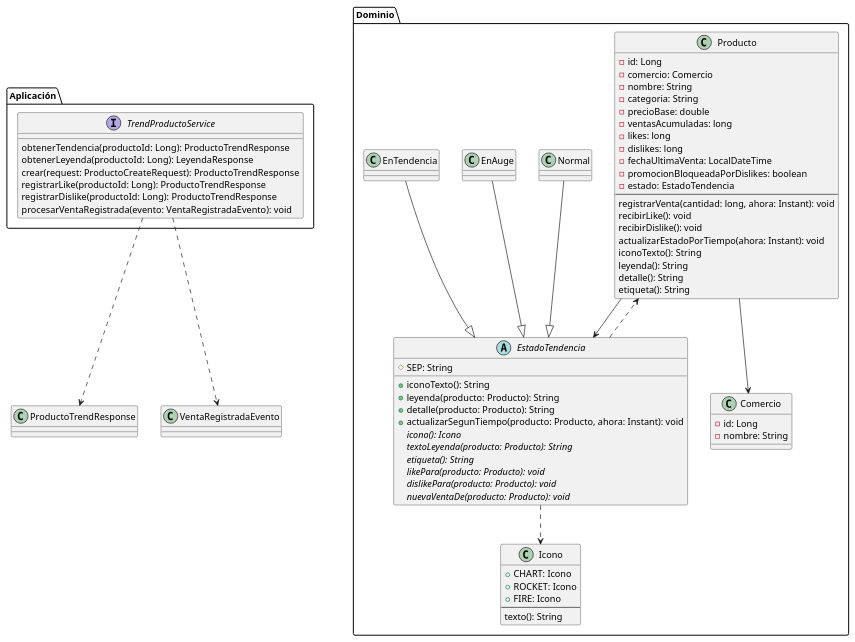
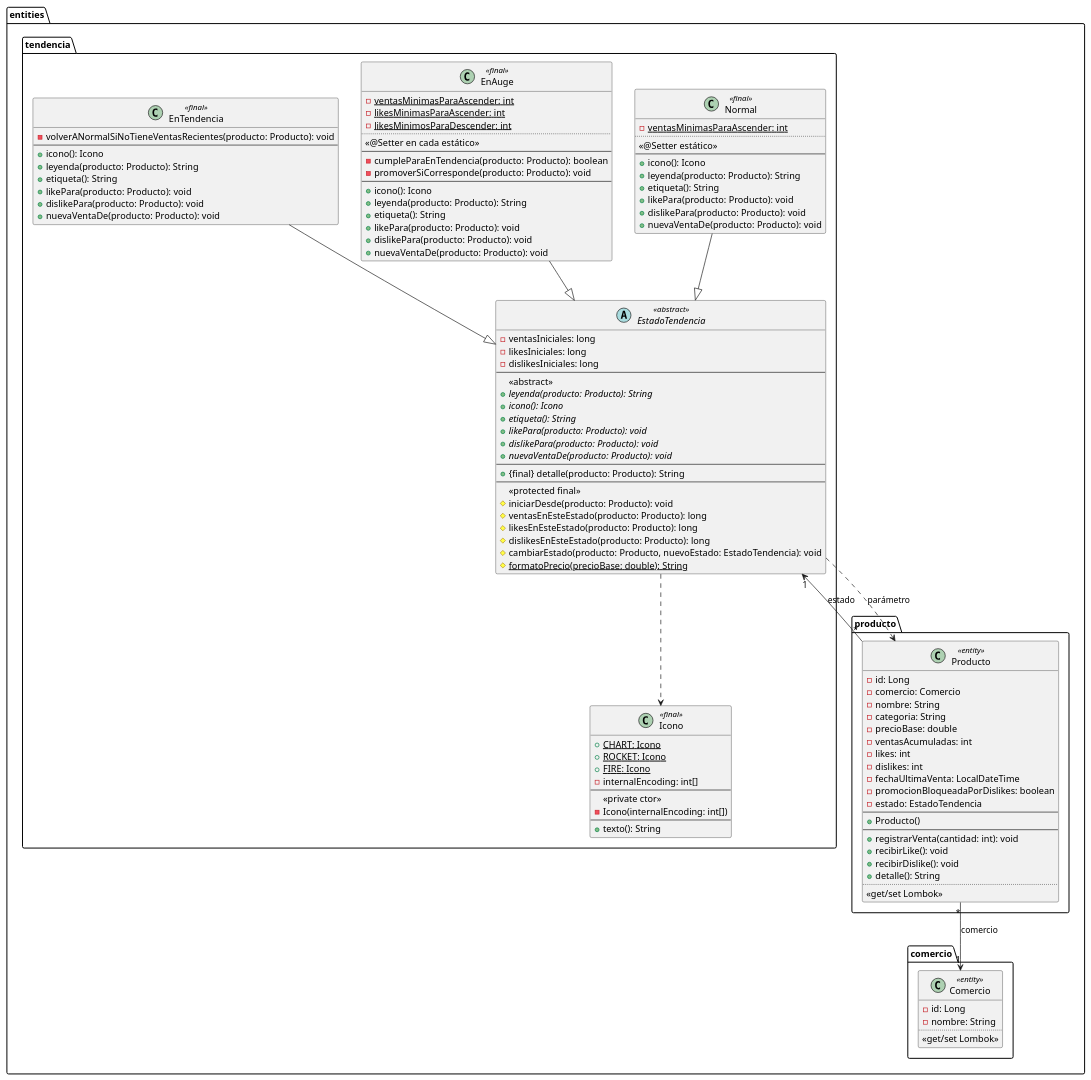
The diagram in trends-service/docs/trends-service-class-diagram.puml (dds-utn/smartlife), drawn with PlantUML before and after one commit. The commit also changed 15 other files, not shown here.

```diff
--- a/trends-service/docs/trends-service-class-diagram.puml
+++ b/trends-service/docs/trends-service-class-diagram.puml
@@ -1,84 +1,128 @@
 @startuml
 ' https://plantuml.com/class-diagram
+' Solo capa de dominio: models.entities (tal como está en código)
 
-package "Dominio" {
-  class Comercio {
+package "entities.comercio" {
+  class Comercio <<entity>> {
     - id: Long
     - nombre: String
+    ..
+    <<get/set Lombok>>
   }
+}
 
-  class Producto {
+package "entities.producto" {
+  class Producto <<entity>> {
     - id: Long
     - comercio: Comercio
     - nombre: String
     - categoria: String
     - precioBase: double
-    - ventasAcumuladas: long
-    - likes: long
-    - dislikes: long
+    - ventasAcumuladas: int
+    - likes: int
+    - dislikes: int
     - fechaUltimaVenta: LocalDateTime
     - promocionBloqueadaPorDislikes: boolean
     - estado: EstadoTendencia
     --
-    registrarVenta(cantidad: long, ahora: Instant): void
-    recibirLike(): void
-    recibirDislike(): void
-    actualizarEstadoPorTiempo(ahora: Instant): void
-    iconoTexto(): String
-    leyenda(): String
-    detalle(): String
-    etiqueta(): String
-  }
-
-  abstract class EstadoTendencia {
-    #SEP: String
-    +iconoTexto(): String
-    +leyenda(producto: Producto): String
-    +detalle(producto: Producto): String
-    +actualizarSegunTiempo(producto: Producto, ahora: Instant): void
-    {abstract} icono(): Icono
-    {abstract} textoLeyenda(producto: Producto): String
-    {abstract} etiqueta(): String
-    {abstract} likePara(producto: Producto): void
-    {abstract} dislikePara(producto: Producto): void
-    {abstract} nuevaVentaDe(producto: Producto): void
-  }
-
-  class Normal
-
-  class EnAuge
-
-  class EnTendencia
-
-  class Icono {
-    + CHART: Icono
-    + ROCKET: Icono
-    + FIRE: Icono
+    + Producto()
     --
-    texto(): String
+    + registrarVenta(cantidad: int): void
+    + recibirLike(): void
+    + recibirDislike(): void
+    + detalle(): String
+    ..
+    <<get/set Lombok>>
   }
 }
 
-package "Aplicación" {
-  interface TrendProductoService {
-    obtenerTendencia(productoId: Long): ProductoTrendResponse
-    obtenerLeyenda(productoId: Long): LeyendaResponse
-    crear(request: ProductoCreateRequest): ProductoTrendResponse
-    registrarLike(productoId: Long): ProductoTrendResponse
-    registrarDislike(productoId: Long): ProductoTrendResponse
-    procesarVentaRegistrada(evento: VentaRegistradaEvento): void
+package "entities.tendencia" {
+  abstract class EstadoTendencia <<abstract>> {
+    - ventasIniciales: long
+    - likesIniciales: long
+    - dislikesIniciales: long
+    --
+    <<abstract>>
+    + {abstract} leyenda(producto: Producto): String
+    + {abstract} icono(): Icono
+    + {abstract} etiqueta(): String
+    + {abstract} likePara(producto: Producto): void
+    + {abstract} dislikePara(producto: Producto): void
+    + {abstract} nuevaVentaDe(producto: Producto): void
+    --
+    + {final} detalle(producto: Producto): String
+    --
+    <<protected final>>
+    # iniciarDesde(producto: Producto): void
+    # ventasEnEsteEstado(producto: Producto): long
+    # likesEnEsteEstado(producto: Producto): long
+    # dislikesEnEsteEstado(producto: Producto): long
+    # cambiarEstado(producto: Producto, nuevoEstado: EstadoTendencia): void
+    # {static} formatoPrecio(precioBase: double): String
   }
+
+  class Normal <<final>> {
+    {static} - ventasMinimasParaAscender: int
+    ..
+    <<@Setter estático>>
+    --
+    + icono(): Icono
+    + leyenda(producto: Producto): String
+    + etiqueta(): String
+    + likePara(producto: Producto): void
+    + dislikePara(producto: Producto): void
+    + nuevaVentaDe(producto: Producto): void
+  }
+
+  class EnAuge <<final>> {
+    {static} - ventasMinimasParaAscender: int
+    {static} - likesMinimasParaAscender: int
+    {static} - likesMinimosParaDescender: int
+    ..
+    <<@Setter en cada estático>>
+    --
+    - cumpleParaEnTendencia(producto: Producto): boolean
+    - promoverSiCorresponde(producto: Producto): void
+    --
+    + icono(): Icono
+    + leyenda(producto: Producto): String
+    + etiqueta(): String
+    + likePara(producto: Producto): void
+    + dislikePara(producto: Producto): void
+    + nuevaVentaDe(producto: Producto): void
+  }
+
+  class EnTendencia <<final>> {
+    - volverANormalSiNoTieneVentasRecientes(producto: Producto): void
+    --
+    + icono(): Icono
+    + leyenda(producto: Producto): String
+    + etiqueta(): String
+    + likePara(producto: Producto): void
+    + dislikePara(producto: Producto): void
+    + nuevaVentaDe(producto: Producto): void
+  }
+
+  class Icono <<final>> {
+    {static} + CHART: Icono
+    {static} + ROCKET: Icono
+    {static} + FIRE: Icono
+    - internalEncoding: int[]
+    --
+    <<private ctor>>
+    - Icono(internalEncoding: int[])
+    --
+    + texto(): String
+  }
+
+  Normal --|> EstadoTendencia
+  EnAuge --|> EstadoTendencia
+  EnTendencia --|> EstadoTendencia
 }
 
-Producto --> Comercio
-Producto --> EstadoTendencia
-Normal --|> EstadoTendencia
-EnAuge --|> EstadoTendencia
-EnTendencia --|> EstadoTendencia
+Producto "*" --> "1" Comercio : comercio
+Producto "*" --> "1" EstadoTendencia : estado
 EstadoTendencia ..> Icono
-EstadoTendencia ..> Producto
-
-TrendProductoService ..> ProductoTrendResponse
-TrendProductoService ..> VentaRegistradaEvento
+EstadoTendencia ..> Producto : parámetro
 
 @enduml
```
